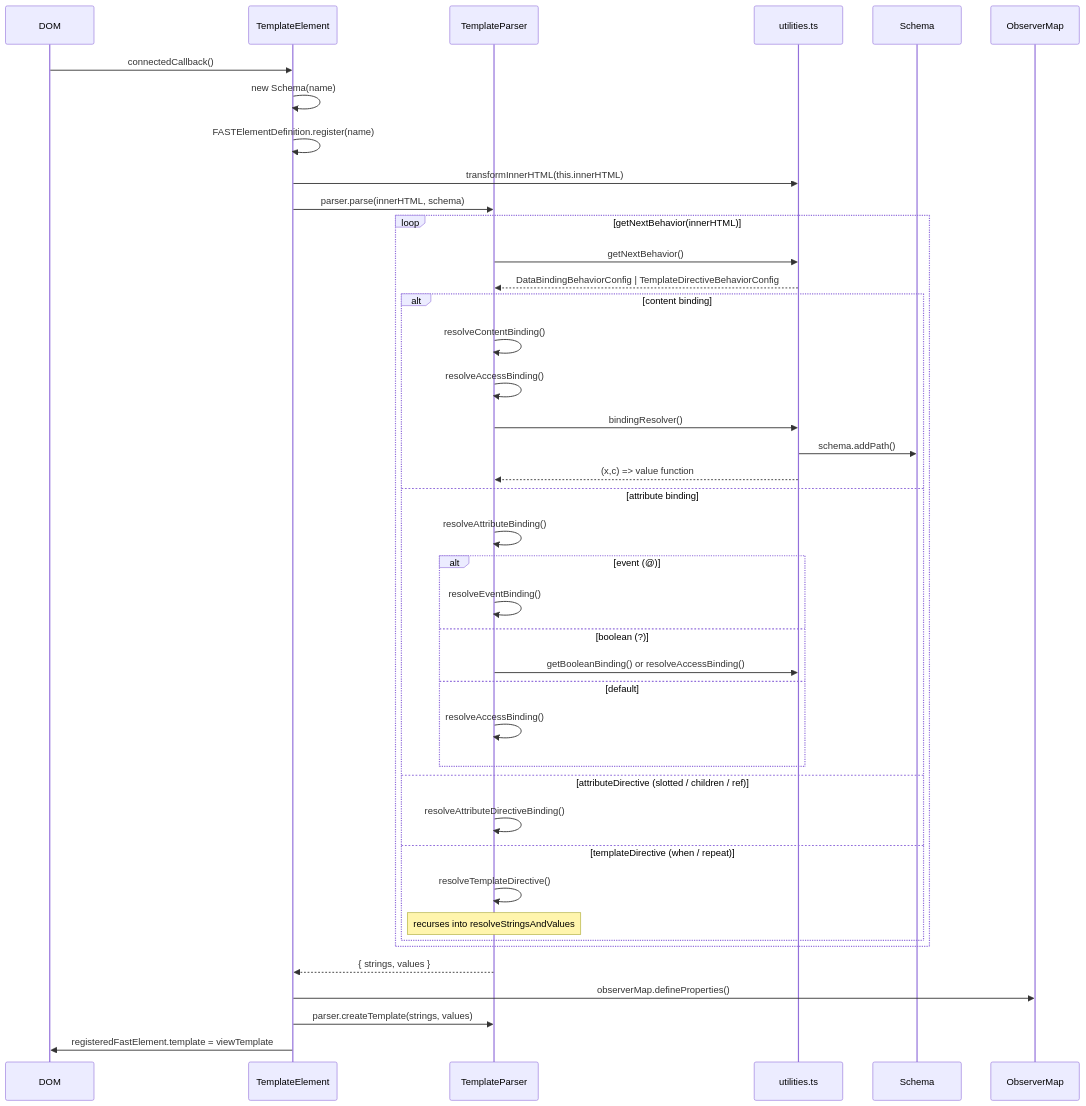
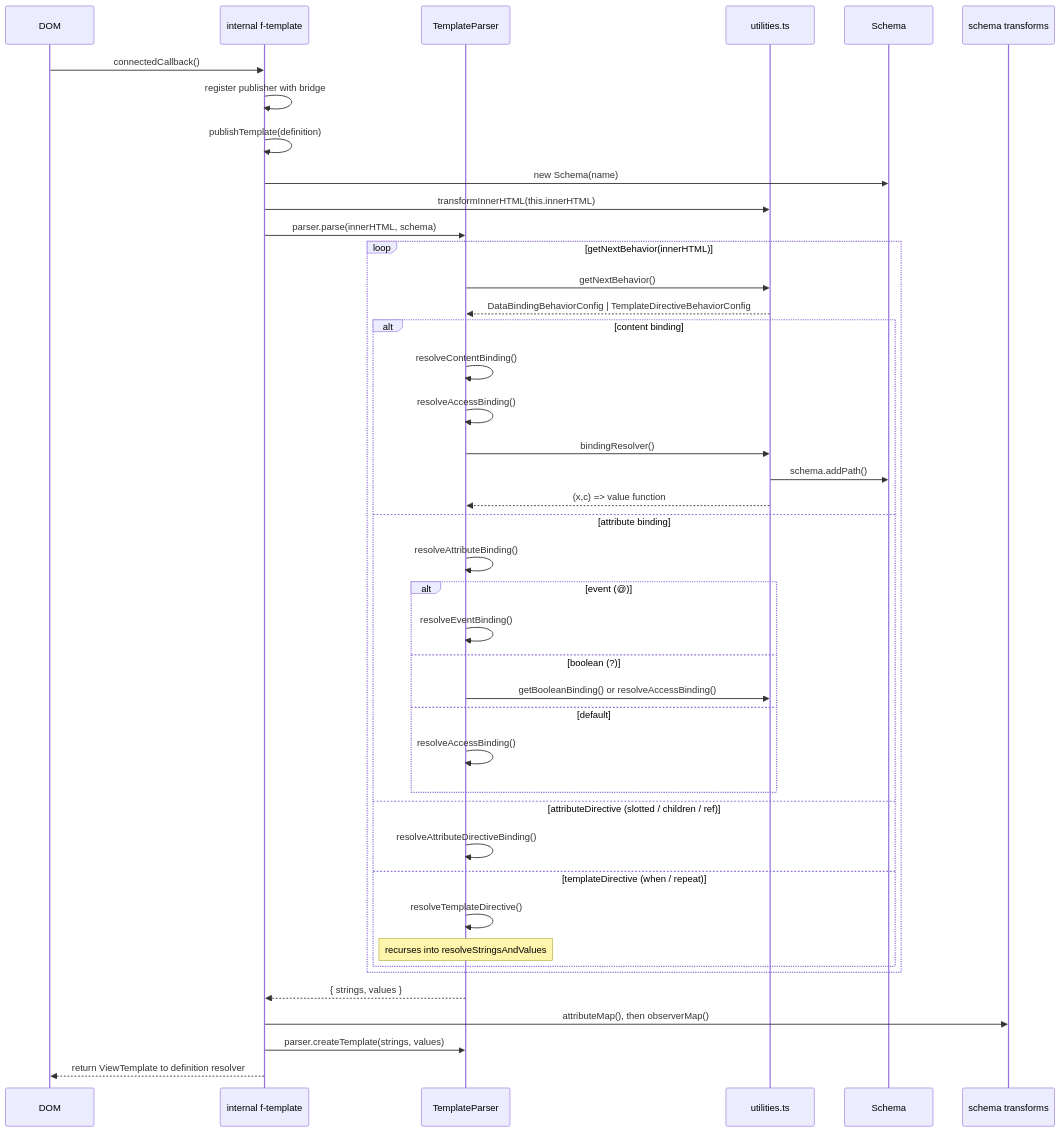
Before and after one commit to microsoft/fast: the second of 4 diagrams in packages/fast-element/DECLARATIVE_DESIGN.md, drawn with Mermaid. The commit also changed other lines of this file and 576 other files, not shown here.

````diff
--- a/packages/fast-element/DECLARATIVE_DESIGN.md
+++ b/packages/fast-element/DECLARATIVE_DESIGN.md
@@ -341,44 +442,45 @@
 ```mermaid
 sequenceDiagram
     participant DOM
-    participant TE as TemplateElement
+    participant FTE as internal f-template
     participant TP as TemplateParser
     participant U as utilities.ts
     participant S as Schema
-    participant OM as ObserverMap
+    participant Transforms as schema transforms
 
-    DOM->>TE: connectedCallback()
-    TE->>TE: new Schema(name)
-    TE->>TE: FASTElementDefinition.register(name)
-    TE->>U: transformInnerHTML(this.innerHTML)
-    TE->>TP: parser.parse(innerHTML, schema)
+    DOM->>FTE: connectedCallback()
+    FTE->>FTE: register publisher with bridge
+    FTE->>FTE: publishTemplate(definition)
+    FTE->>S: new Schema(name)
+    FTE->>U: transformInnerHTML(this.innerHTML)
+    FTE->>TP: parser.parse(innerHTML, schema)
     loop getNextBehavior(innerHTML)
         TP->>U: getNextBehavior()
         U-->>TP: DataBindingBehaviorConfig | TemplateDirectiveBehaviorConfig
         alt content binding
             TP->>TP: resolveContentBinding()
             TP->>TP: resolveAccessBinding()
             TP->>U: bindingResolver()
             U->>S: schema.addPath()
             U-->>TP: (x,c) => value function
         else attribute binding
             TP->>TP: resolveAttributeBinding()
             alt event (@)
                 TP->>TP: resolveEventBinding()
             else boolean (?)
                 TP->>U: getBooleanBinding() or resolveAccessBinding()
             else default
                 TP->>TP: resolveAccessBinding()
             end
         else attributeDirective (slotted / children / ref)
             TP->>TP: resolveAttributeDirectiveBinding()
         else templateDirective (when / repeat)
             TP->>TP: resolveTemplateDirective()
             note over TP: recurses into resolveStringsAndValues
         end
     end
-    TP-->>TE: { strings, values }
-    TE->>OM: observerMap.defineProperties()
-    TE->>TP: parser.createTemplate(strings, values)
-    TE->>DOM: registeredFastElement.template = viewTemplate
+    TP-->>FTE: { strings, values }
+    FTE->>Transforms: attributeMap(), then observerMap()
+    FTE->>TP: parser.createTemplate(strings, values)
+    FTE-->>DOM: return ViewTemplate to definition resolver
 ```
````
